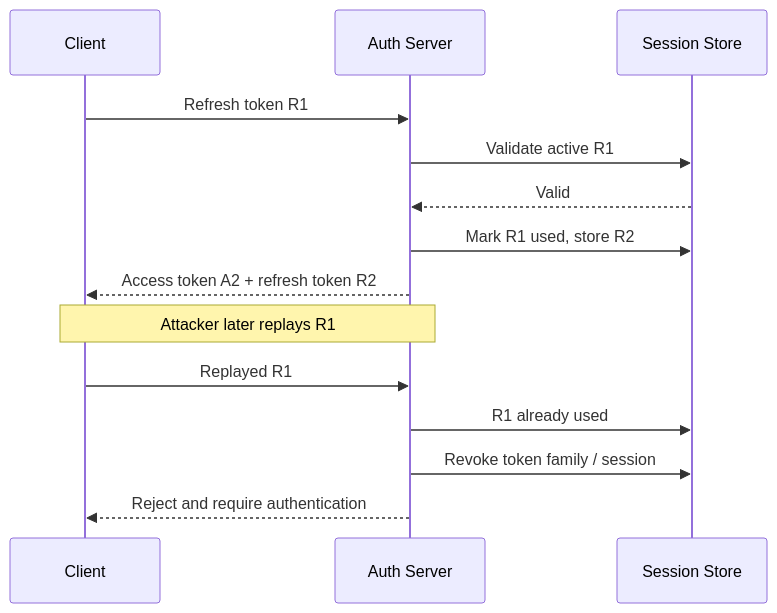
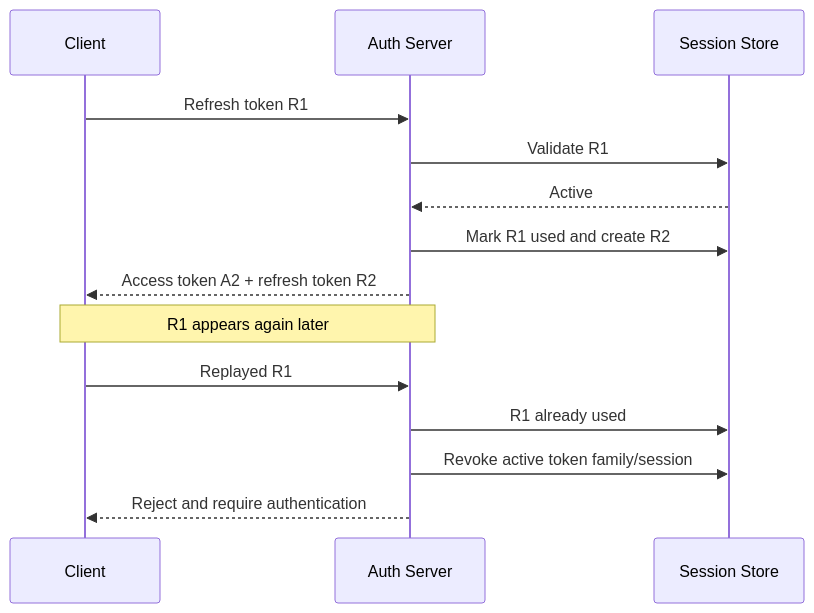
Before and after one commit to AvadhBhalodiya/Interview-Preparation: the fourth of 6 diagrams in src/content/security/jwt-pitfalls.md, drawn with Mermaid. The commit also changed other lines of this file and 54 other files, not shown here.

````diff
--- a/src/content/security/jwt-pitfalls.md
+++ b/src/content/security/jwt-pitfalls.md
@@ -527,18 +394,18 @@
 ```mermaid
 sequenceDiagram
     participant C as Client
     participant A as Auth Server
     participant S as Session Store
 
     C->>A: Refresh token R1
-    A->>S: Validate active R1
-    S-->>A: Valid
-    A->>S: Mark R1 used, store R2
+    A->>S: Validate R1
+    S-->>A: Active
+    A->>S: Mark R1 used and create R2
     A-->>C: Access token A2 + refresh token R2
 
-    Note over C,A: Attacker later replays R1
+    Note over C,A: R1 appears again later
     C->>A: Replayed R1
     A->>S: R1 already used
-    A->>S: Revoke token family / session
+    A->>S: Revoke active token family/session
     A-->>C: Reject and require authentication
 ```
````
